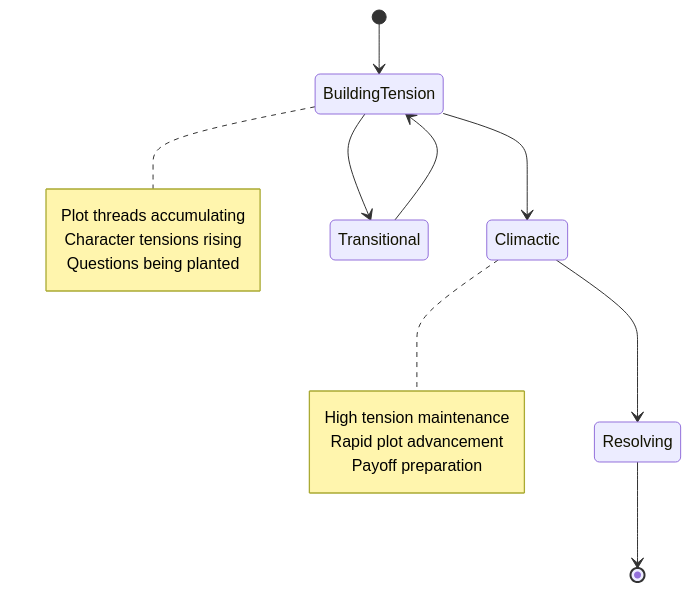
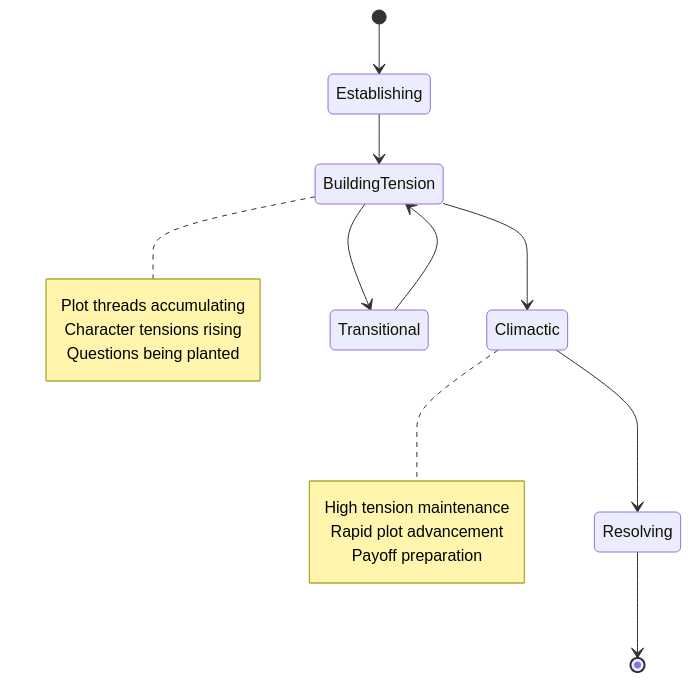
The second of 2 diagrams in design/architecture.md (alexh-scrt/musequill.v3), drawn with Mermaid before and after one commit. The commit also changed other lines of this file and 2 other files, not shown here.

````diff
--- a/design/architecture.md
+++ b/design/architecture.md
@@ -117,21 +240,22 @@
 ```mermaid
 stateDiagram-v2
-    [*] --> BuildingTension
+    [*] --> Establishing
+    Establishing --> BuildingTension
     BuildingTension --> Climactic
     BuildingTension --> Transitional
     Climactic --> Resolving
     Transitional --> BuildingTension
     Resolving --> [*]
     
     note right of BuildingTension
         Plot threads accumulating
         Character tensions rising
         Questions being planted
     end note
     
     note right of Climactic
         High tension maintenance
         Rapid plot advancement
         Payoff preparation
     end note
 ```
````
